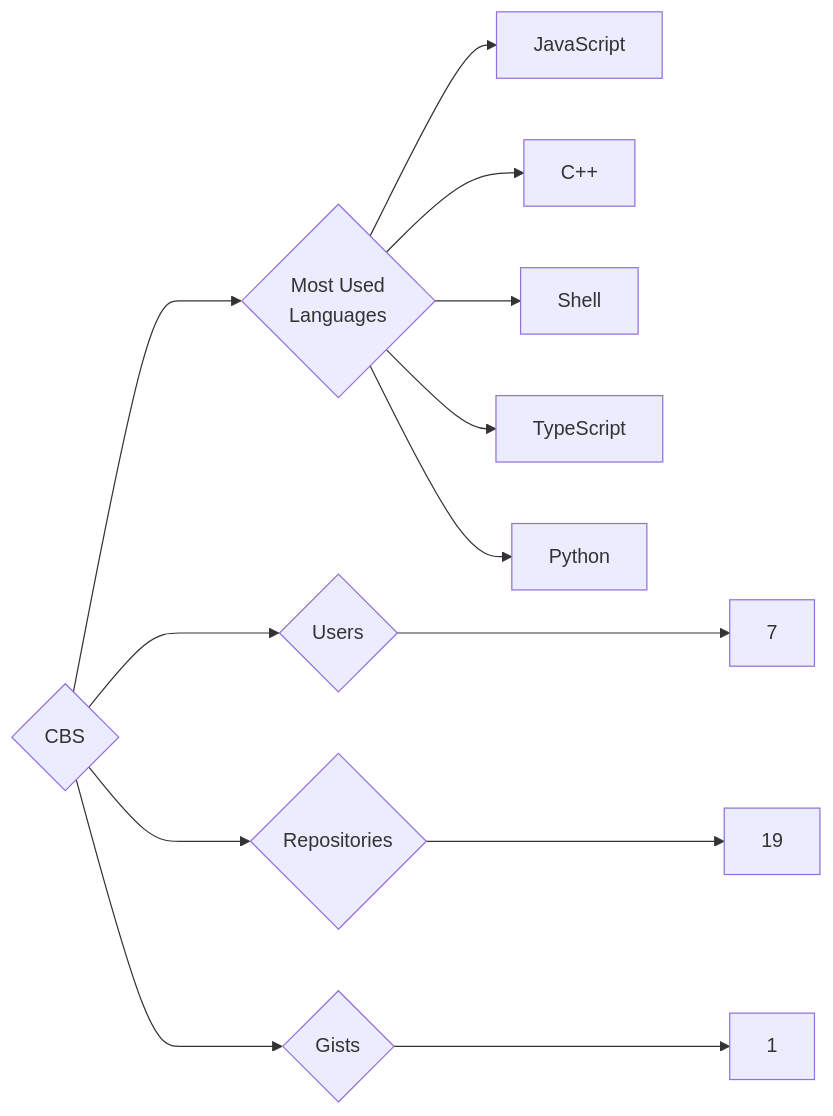
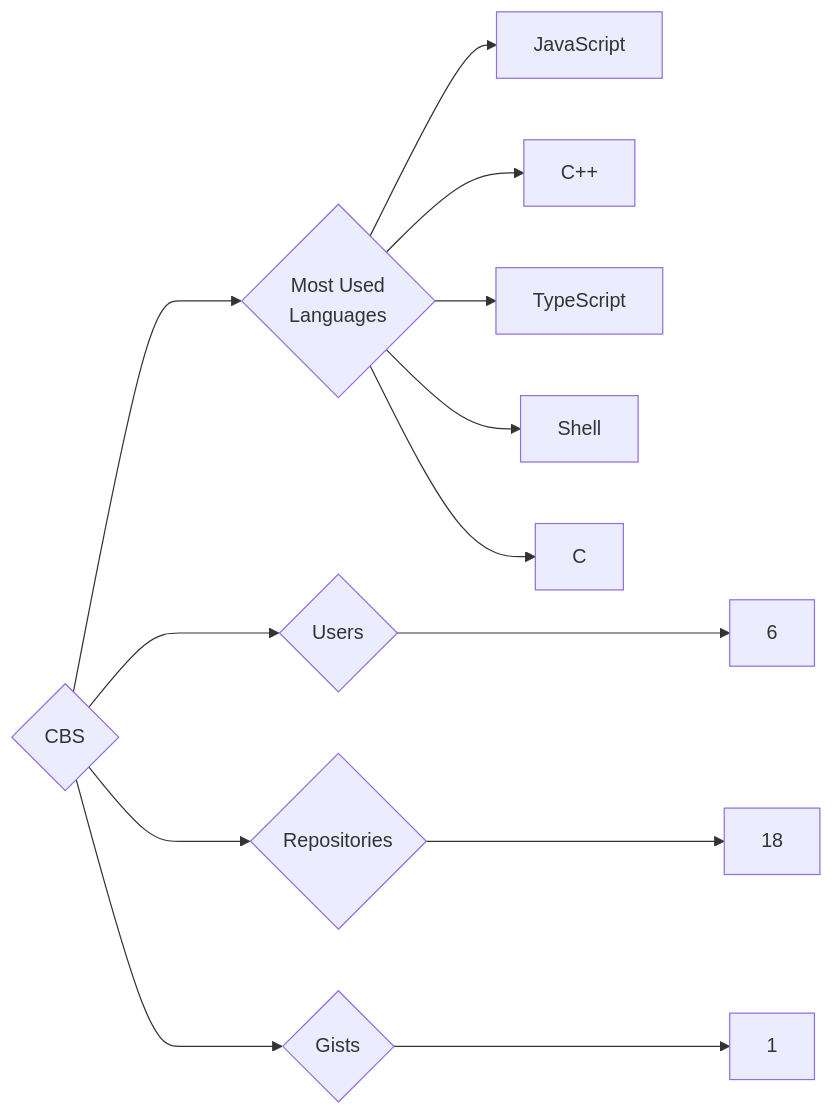
Before and after one commit to trickest/insiders: the diagram in targets/CBS/README.md, drawn with Mermaid. The commit also changed 880 other files, not shown here.

````diff
--- a/targets/CBS/README.md
+++ b/targets/CBS/README.md
@@ -3,13 +3,13 @@
 ```mermaid
 graph LR
 COMPANY_NAME{CBS}
-COMPANY_NAME ---> U{Users} ---> UN[7]
-COMPANY_NAME ---> R{Repositories} ---> RN[19]
+COMPANY_NAME ---> U{Users} ---> UN[6]
+COMPANY_NAME ---> R{Repositories} ---> RN[18]
 COMPANY_NAME ---> G{Gists} ---> GN[1]
 COMPANY_NAME ---> ML{Most Used<br>Languages}
 ML --> JavaScript[JavaScript]
 ML --> C++[C++]
+ML --> TypeScript[TypeScript]
 ML --> Shell[Shell]
-ML --> TypeScript[TypeScript]
-ML --> Python[Python]
+ML --> C[C]
 ```
````
